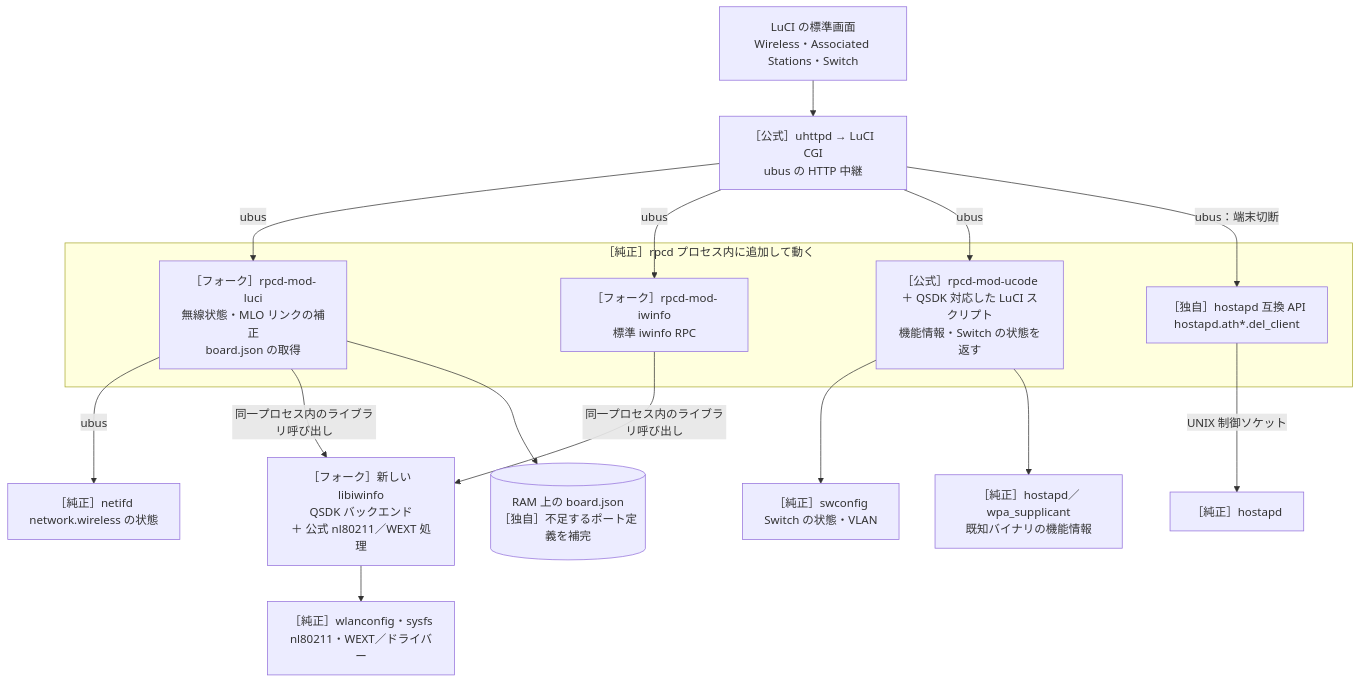
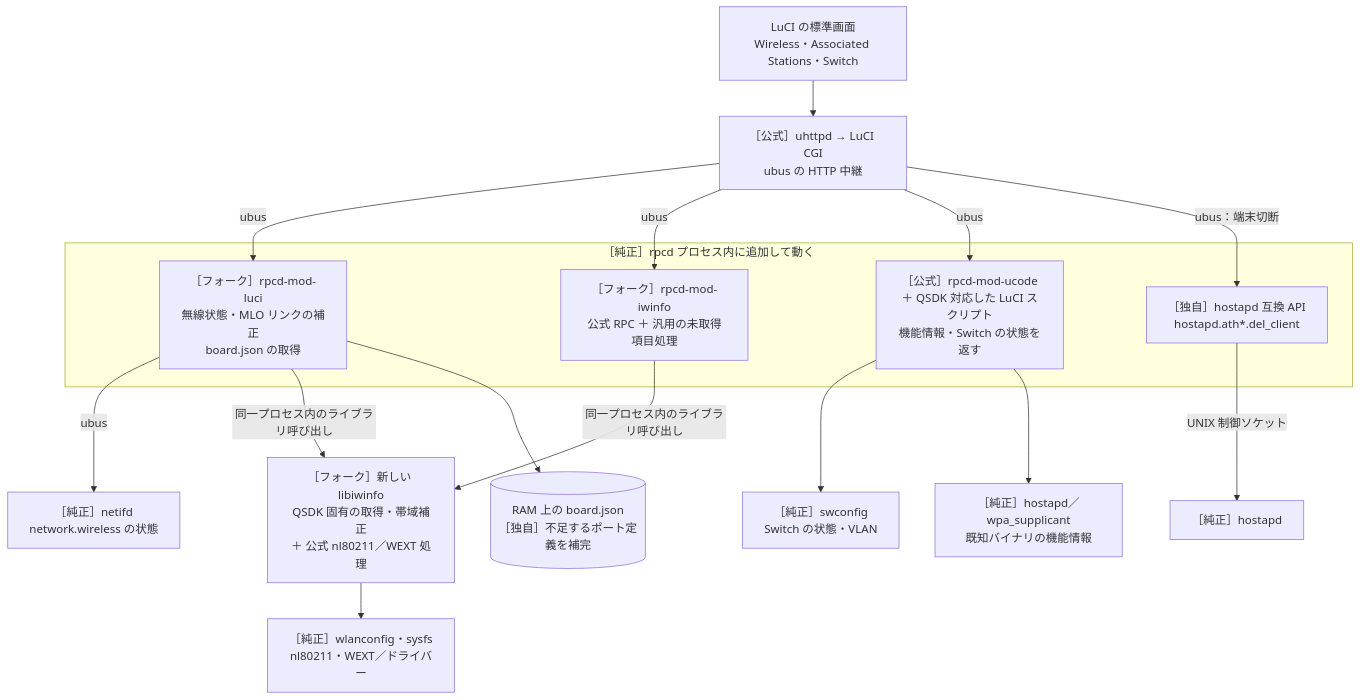
One commit to onokatio/luci changed the second of 4 diagrams in README.md. Above: the diagram before and after it, drawn with Mermaid. The commit also changed other lines of this file and 4 other files, not shown here.

Commit message:
rpcd-mod-iwinfo: serialize optional metadata without QSDK-specific policy

````diff
--- a/README.md
+++ b/README.md
@@ -66,34 +66,34 @@
 ```mermaid
 flowchart TD
     UI["LuCI の標準画面<br/>Wireless・Associated Stations・Switch"]
     HTTP["［公式］uhttpd → LuCI CGI<br/>ubus の HTTP 中継"]
 
     subgraph RPC["［純正］rpcd プロセス内に追加して動く"]
         LRPC["［フォーク］rpcd-mod-luci<br/>無線状態・MLO リンクの補正<br/>board.json の取得"]
-        IRPC["［フォーク］rpcd-mod-iwinfo<br/>標準 iwinfo RPC"]
+        IRPC["［フォーク］rpcd-mod-iwinfo<br/>公式 RPC ＋ 汎用の未取得項目処理"]
         URPC["［公式］rpcd-mod-ucode<br/>＋ QSDK 対応した LuCI スクリプト<br/>機能情報・Switch の状態を返す"]
         DISCONNECT["［独自］hostapd 互換 API<br/>hostapd.ath*.del_client"]
     end
 
-    IW["［フォーク］新しい libiwinfo<br/>QSDK バックエンド<br/>＋ 公式 nl80211／WEXT 処理"]
+    IW["［フォーク］新しい libiwinfo<br/>QSDK 固有の取得・帯域補正<br/>＋ 公式 nl80211／WEXT 処理"]
     NET["［純正］netifd<br/>network.wireless の状態"]
     NATIVE["［純正］wlanconfig・sysfs<br/>nl80211・WEXT／ドライバー"]
     HOST["［純正］hostapd"]
     BOARD[("RAM 上の board.json<br/>［独自］不足するポート定義を補完")]
     SW["［純正］swconfig<br/>Switch の状態・VLAN"]
     BIN["［純正］hostapd／wpa_supplicant<br/>既知バイナリの機能情報"]
 
     UI --> HTTP
     HTTP -->|"ubus"| LRPC
     HTTP -->|"ubus"| IRPC
     HTTP -->|"ubus"| URPC
     HTTP -->|"ubus：端末切断"| DISCONNECT
     LRPC -->|"ubus"| NET
     LRPC -->|"同一プロセス内のライブラリ呼び出し"| IW
     IRPC -->|"同一プロセス内のライブラリ呼び出し"| IW
     IW --> NATIVE
     LRPC --> BOARD
     URPC --> SW
     URPC --> BIN
     DISCONNECT -->|"UNIX 制御ソケット"| HOST
 ```
````
